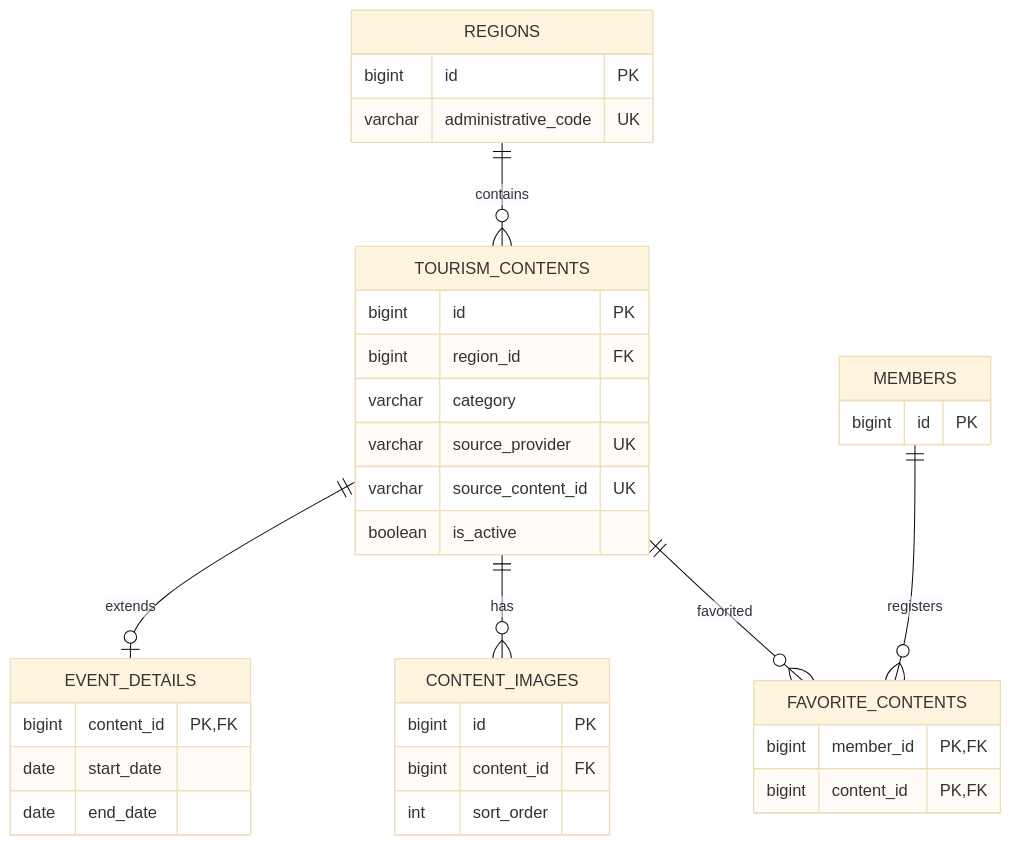
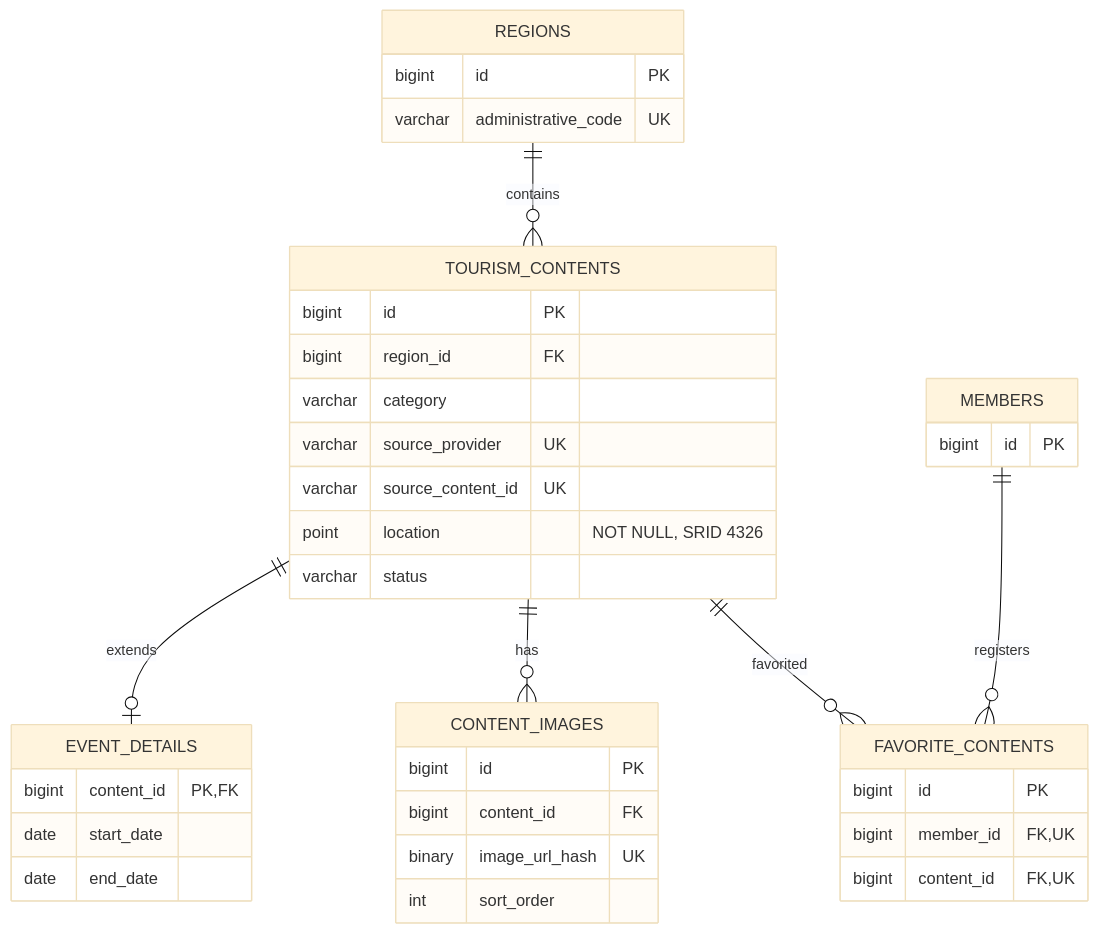
Before and after one commit to 100-hours-a-week/KTB4-10th-BE: the second of 5 diagrams in docs/ERD_테이블_설계_근거_검토본.md, drawn with Mermaid (base theme). The commit also changed other lines of this file and 3 other files, not shown here.

```diff
--- a/docs/ERD_테이블_설계_근거_검토본.md
+++ b/docs/ERD_테이블_설계_근거_검토본.md
@@ -139,37 +142,40 @@
 ~~~mermaid
 erDiagram
     REGIONS ||--o{ TOURISM_CONTENTS : contains
     TOURISM_CONTENTS ||--o| EVENT_DETAILS : extends
     TOURISM_CONTENTS ||--o{ CONTENT_IMAGES : has
     MEMBERS ||--o{ FAVORITE_CONTENTS : registers
     TOURISM_CONTENTS ||--o{ FAVORITE_CONTENTS : favorited
     REGIONS {
         bigint id PK
         varchar administrative_code UK
     }
     TOURISM_CONTENTS {
         bigint id PK
         bigint region_id FK
         varchar category
         varchar source_provider UK
         varchar source_content_id UK
-        boolean is_active
+        point location "NOT NULL, SRID 4326"
+        varchar status
     }
     EVENT_DETAILS {
         bigint content_id PK,FK
         date start_date
         date end_date
     }
     CONTENT_IMAGES {
         bigint id PK
         bigint content_id FK
+        binary image_url_hash UK
         int sort_order
     }
     FAVORITE_CONTENTS {
-        bigint member_id PK,FK
-        bigint content_id PK,FK
+        bigint id PK
+        bigint member_id FK,UK
+        bigint content_id FK,UK
     }
     MEMBERS {
         bigint id PK
     }
 ~~~
```
